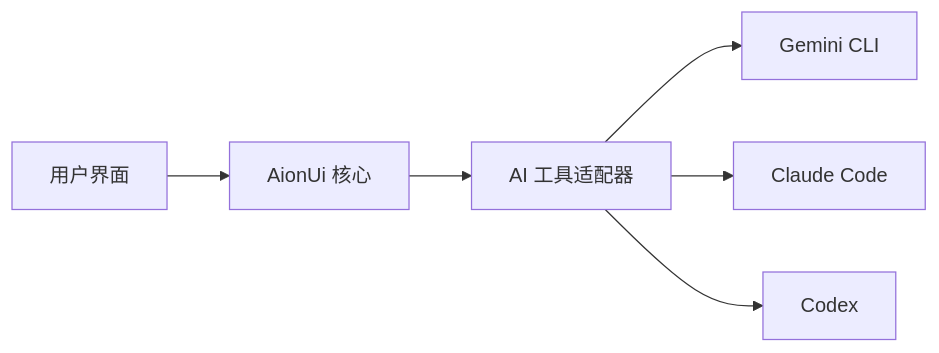
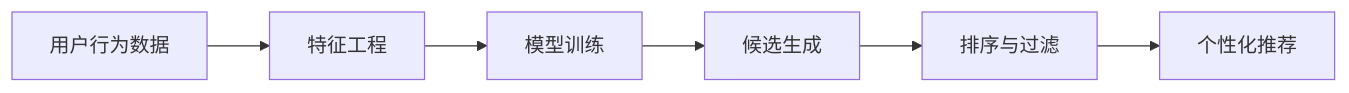
One commit to wayyoungboy/github-trending-reporter changed the first of 8 diagrams in reports/2026/01/2026-01-21.md. Above: the diagram before and after it, drawn with Mermaid. The commit also changed other lines of this file and 1 other file, not shown here.

````diff
--- a/reports/2026/01/2026-01-21.md
+++ b/reports/2026/01/2026-01-21.md
@@ -56,8 +56,8 @@
 ```mermaid
 graph LR
-    A[用户界面] --> B[AionUi 核心]
-    B --> C[AI 工具适配器]
-    C --> D[Gemini CLI]
-    C --> E[Claude Code]
-    C --> F[Codex]
+    A[用户行为数据] --> B[特征工程]
+    B --> C[模型训练]
+    C --> D[候选生成]
+    D --> E[排序与过滤]
+    E --> F[个性化推荐]
 ```
````
